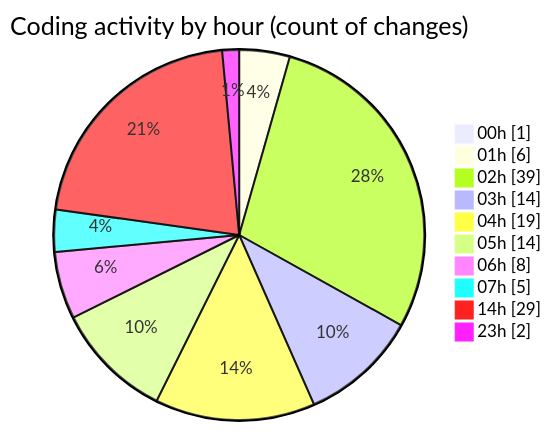
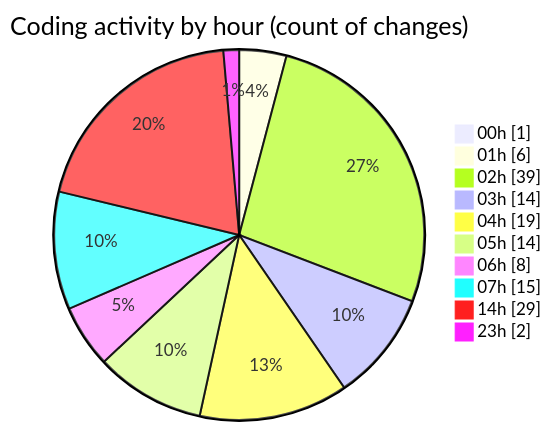
One commit to charlie-sans/code-tracking changed the second of 2 diagrams in 2025-02-19/masm/README.md. Above: the diagram before and after it, drawn with Mermaid. The commit also changed other lines of this file and 1 other file, not shown here.

````diff
--- a/2025-02-19/masm/README.md
+++ b/2025-02-19/masm/README.md
@@ -53,14 +53,14 @@
 ```mermaid
 pie showData
 title Coding activity by hour (count of changes)
 "00h" : 1
 "01h" : 6
 "02h" : 39
 "03h" : 14
 "04h" : 19
 "05h" : 14
 "06h" : 8
-"07h" : 5
+"07h" : 15
 "14h" : 29
 "23h" : 2
 ```
````
